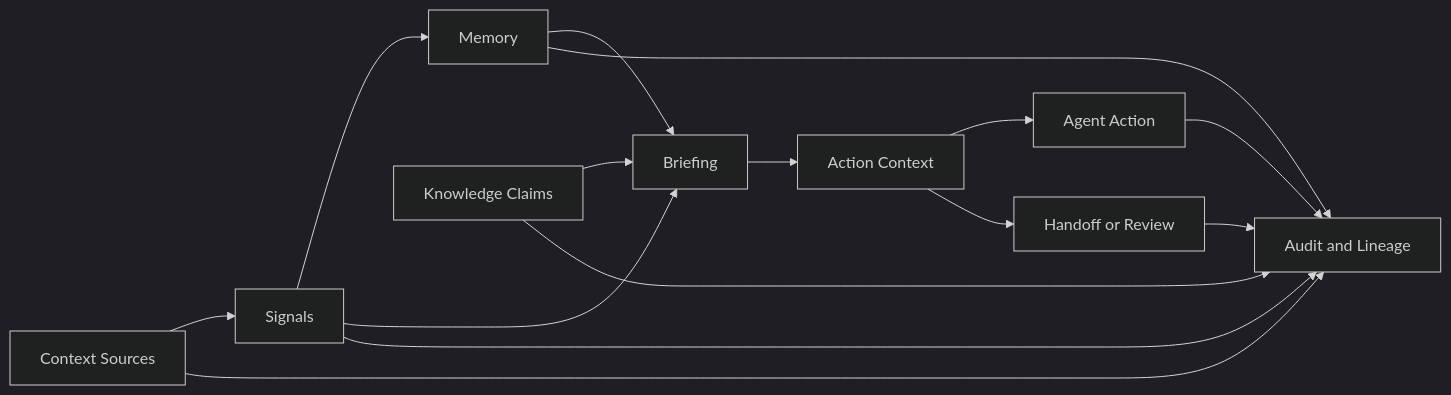
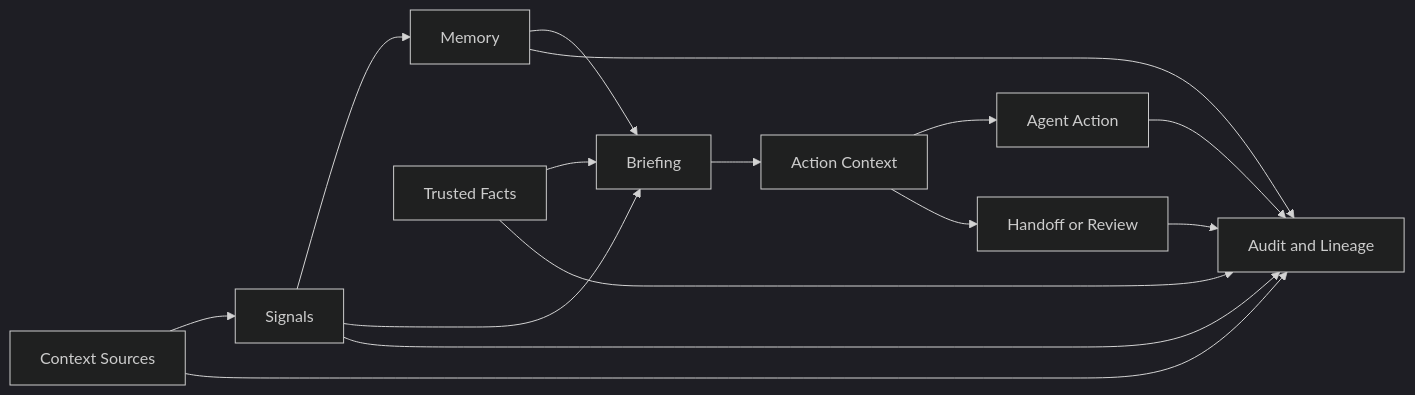
Before and after one commit to crmy-ai/crmy: the diagram in README.md, drawn with Mermaid (dark theme). The commit also changed other lines of this file and 258 other files, not shown here.

````diff
--- a/README.md
+++ b/README.md
@@ -237,27 +237,27 @@
 ```mermaid
 flowchart LR
   A[Context Sources]
   B[Signals]
   C[Memory]
   D[Briefing]
   E[Action Context]
   F[Agent Action]
   G[Handoff or Review]
   H[Audit and Lineage]
-  K[Knowledge Claims]
+  K[Trusted Facts]
 
   A --> B
   B --> C
   B --> D
   C --> D
   K --> D
   D --> E
   E --> F
   E --> G
   F --> H
   G --> H
   A --> H
   B --> H
   C --> H
   K --> H
 ```
````
